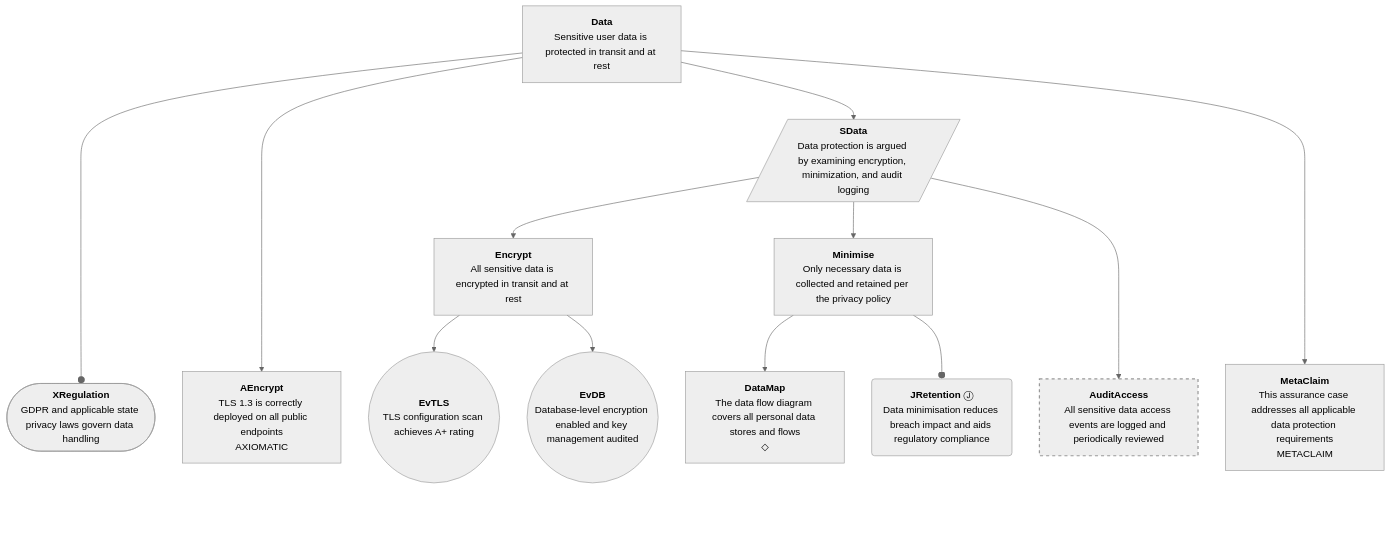
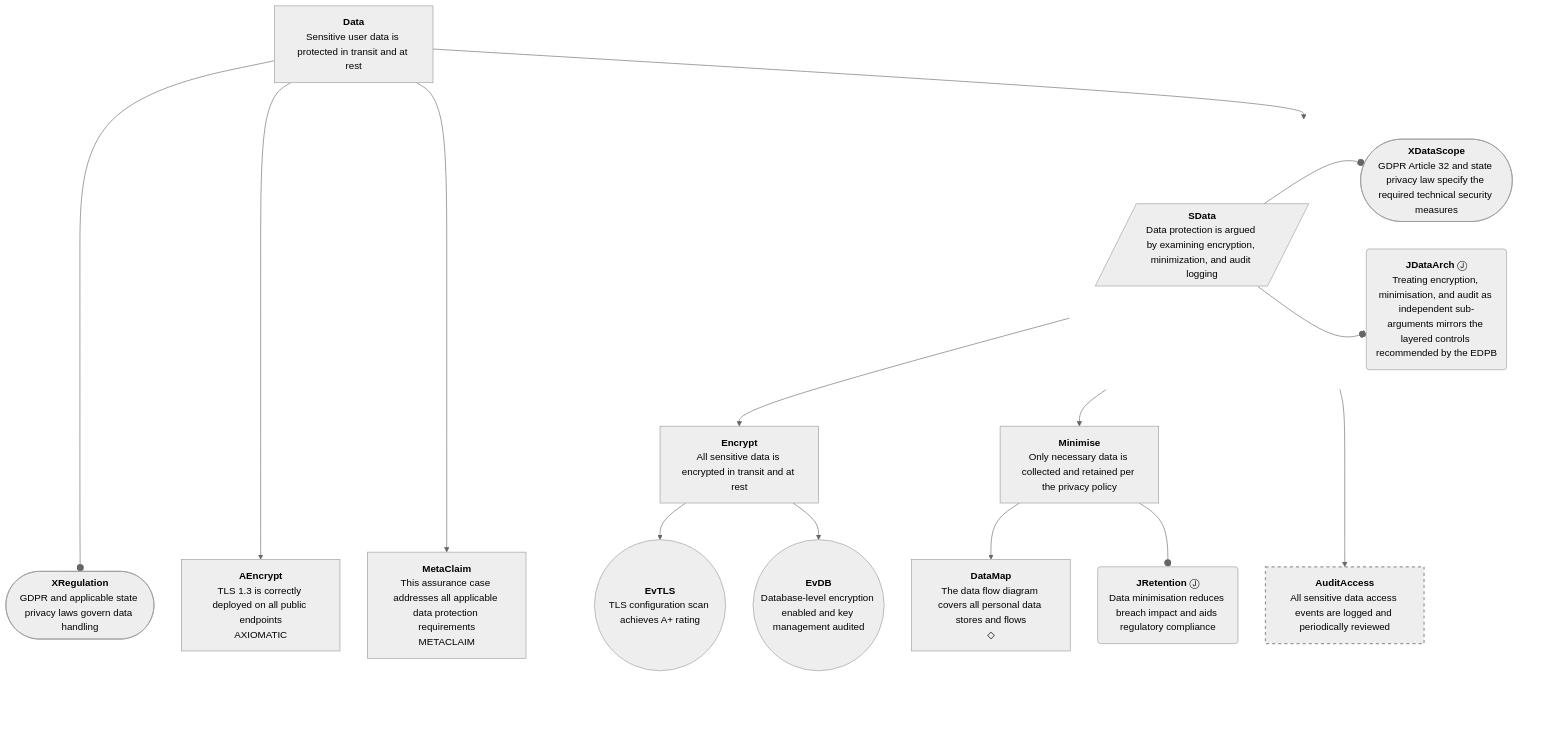
One commit to david-a-wheeler/caseproc changed the seventh of 12 diagrams in tests/fixtures/demo-output.expected.md. Above: the diagram before and after it, drawn with Mermaid. The commit also changed other lines of this file and 3 other files, not shown here.

First line of the commit message:
Add GSN side-by-side rendering for Strategy Context/Justification children

````diff
--- a/tests/fixtures/demo-output.expected.md
+++ b/tests/fixtures/demo-output.expected.md
@@ -341,60 +426,73 @@
 ```mermaid
 ---
 config:
   theme: neutral
   flowchart:
     curve: basis
     htmlLabels: true
     rankSpacing: 60
     nodeSpacing: 45
     padding: 15
 ---
 flowchart TD
     classDef invisible opacity:0
     classDef gsnUndev stroke-width:2px,stroke-dasharray: 5 5;
     classDef connector fill:none,stroke:#cccccc,stroke-width:1px;
     Data["<b>Data</b><br>Sensitive user data is protected in transit and at rest"]
     XRegulation(["<b>XRegulation</b><br>GDPR and applicable state privacy laws govern data handling"])
     AEncrypt["<b>AEncrypt</b><br>TLS 1.3 is correctly deployed on all public endpoints<br>AXIOMATIC"]
     SData[/"<b>SData</b><br>Data protection is argued by examining encryption, minimization, and audit logging"/]
     MetaClaim["<b>MetaClaim</b><br>This assurance case addresses all applicable data protection requirements<br>METACLAIM"]
+    XDataScope(["<b>XDataScope</b><br>GDPR Article 32 and state privacy law specify the required technical security measures"])
+    JDataArch("<b>JDataArch</b>&nbsp;Ⓙ<br>Treating encryption, minimisation, and audit as independent sub-arguments mirrors the layered controls recommended by the EDPB")
     Encrypt["<b>Encrypt</b><br>All sensitive data is encrypted in transit and at rest"]
     Minimise["<b>Minimise</b><br>Only necessary data is collected and retained per the privacy policy"]
     AuditAccess["<b>AuditAccess</b><br>All sensitive data access events are logged and periodically reviewed"]:::gsnUndev
     EvTLS(("<b>EvTLS</b><br>TLS configuration scan achieves A+ rating"))
     EvDB(("<b>EvDB</b><br>Database-level encryption enabled and key management audited"))
     DataMap["<b>DataMap</b><br>The data flow diagram covers all personal data stores and flows<br>◇"]
     JRetention("<b>JRetention</b>&nbsp;Ⓙ<br>Data minimisation reduces breach impact and aids regulatory compliance")
     click Data "https://github.com/david-a-wheeler/verocase/blob/main/tests/fixtures/demo-output.expected.md#claim-data"
     click XRegulation "https://github.com/david-a-wheeler/verocase/blob/main/tests/fixtures/demo-output.expected.md#context-xregulation"
     click AEncrypt "https://github.com/david-a-wheeler/verocase/blob/main/tests/fixtures/demo-output.expected.md#claim-aencrypt"
     click SData "https://github.com/david-a-wheeler/verocase/blob/main/tests/fixtures/demo-output.expected.md#strategy-sdata"
     click MetaClaim "https://github.com/david-a-wheeler/verocase/blob/main/tests/fixtures/demo-output.expected.md#claim-metaclaim"
+    click XDataScope "https://github.com/david-a-wheeler/verocase/blob/main/tests/fixtures/demo-output.expected.md#context-xdatascope"
+    click JDataArch "https://github.com/david-a-wheeler/verocase/blob/main/tests/fixtures/demo-output.expected.md#justification-jdataarch"
     click Encrypt "https://github.com/david-a-wheeler/verocase/blob/main/tests/fixtures/demo-output.expected.md#claim-encrypt"
     click Minimise "https://github.com/david-a-wheeler/verocase/blob/main/tests/fixtures/demo-output.expected.md#claim-minimise"
     click AuditAccess "https://github.com/david-a-wheeler/verocase/blob/main/tests/fixtures/demo-output.expected.md#claim-auditaccess"
     click EvTLS "https://github.com/david-a-wheeler/verocase/blob/main/tests/fixtures/demo-output.expected.md#evidence-evtls"
     click EvDB "https://github.com/david-a-wheeler/verocase/blob/main/tests/fixtures/demo-output.expected.md#evidence-evdb"
     click DataMap "https://github.com/david-a-wheeler/verocase/blob/main/tests/fixtures/demo-output.expected.md#claim-datamap"
     click JRetention "https://github.com/david-a-wheeler/verocase/blob/main/tests/fixtures/demo-output.expected.md#justification-jretention"
 
+    subgraph SgCJ1 [ ]
+        direction LR
+        XDataScope ~~~ SData ~~~ JDataArch
+    end
+    style SgCJ1 fill:none,stroke:none
     Data --o XRegulation
     Data --> AEncrypt
     Data --> SData
+    SData --o XDataScope
+    SData --o JDataArch
     SData --> Encrypt
     Encrypt --> EvTLS
     Encrypt --> EvDB
     SData --> Minimise
     Minimise --> DataMap
     Minimise --o JRetention
     SData --> AuditAccess
     Data --> MetaClaim
     XRegulation ~~~ BottomPadding[ ]:::invisible
     AEncrypt ~~~ BottomPadding
+    XDataScope ~~~ BottomPadding
+    JDataArch ~~~ BottomPadding
     EvTLS ~~~ BottomPadding
     EvDB ~~~ BottomPadding
     DataMap ~~~ BottomPadding
     JRetention ~~~ BottomPadding
     AuditAccess ~~~ BottomPadding
     MetaClaim ~~~ BottomPadding
 ```
````
